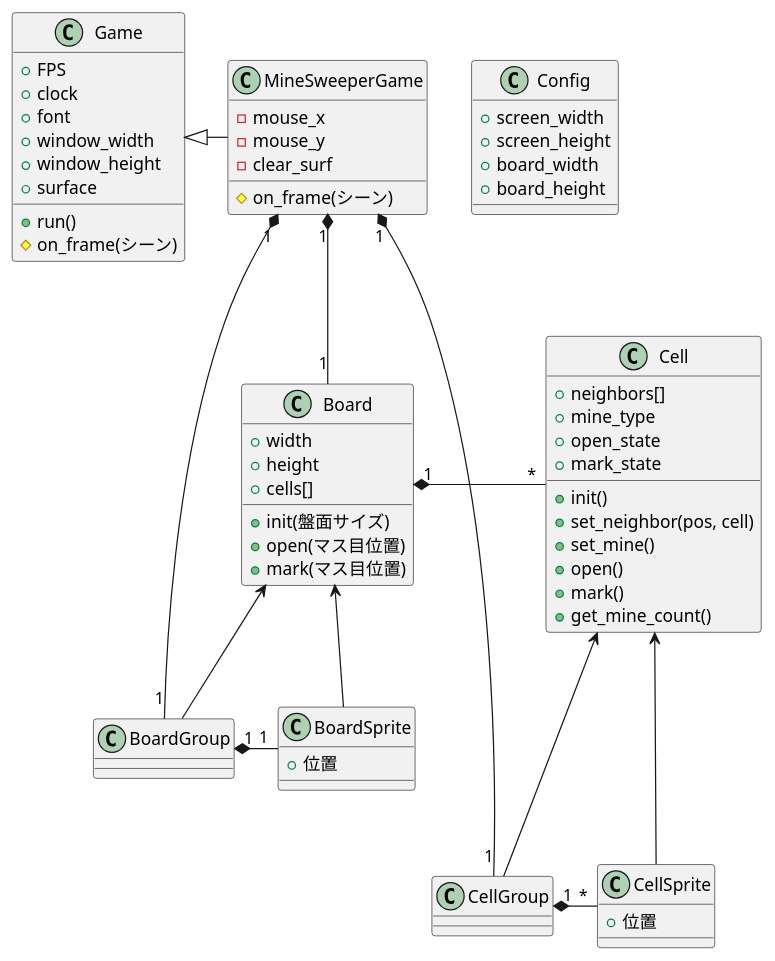
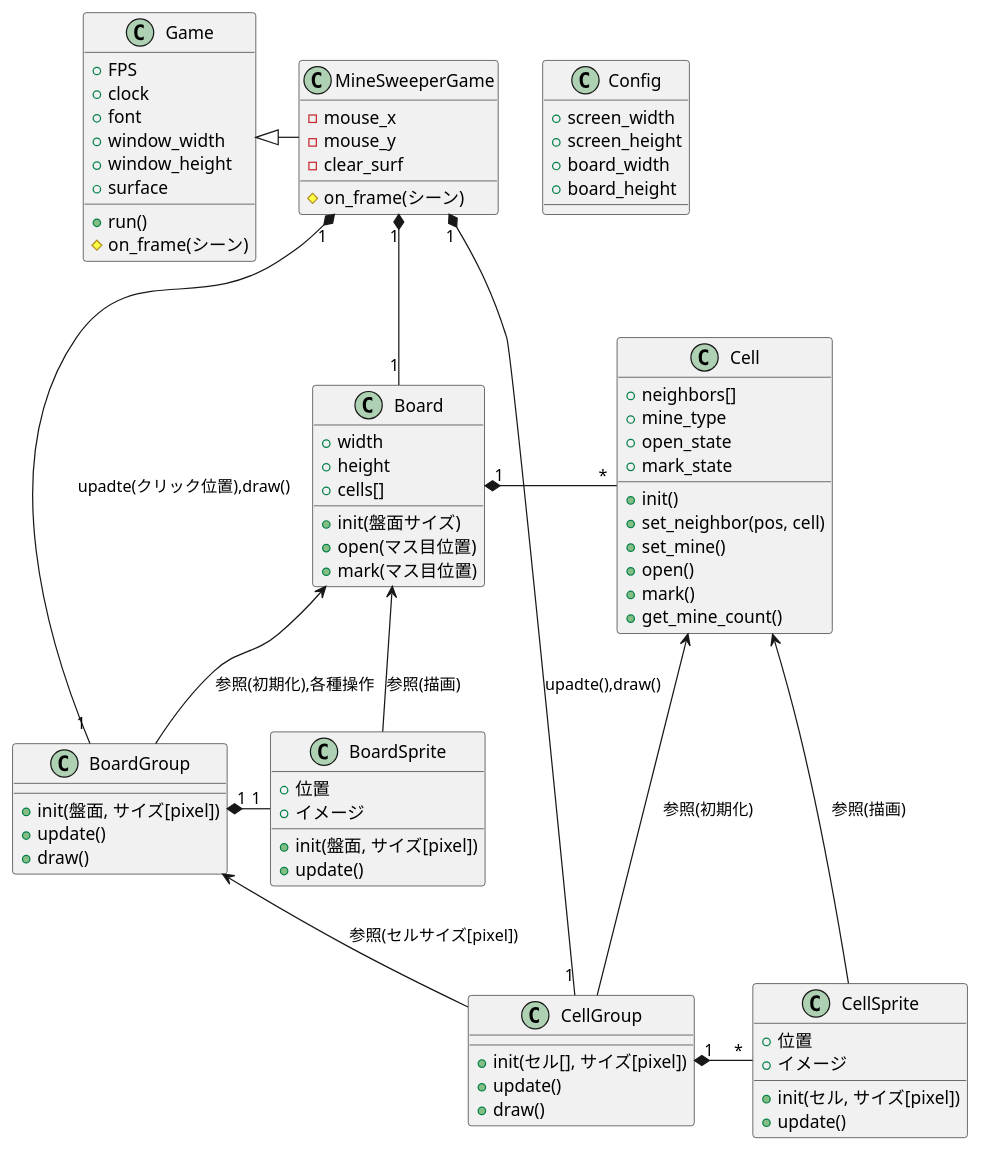
One commit to ooishiisao/pygame_game changed the diagram in mine_sweeper/mine_sweeper.md. Above: the diagram before and after it, drawn with PlantUML. The commit also changed 1 other file, not shown here.

Commit message:
オープン、クローズ。その１

```diff
--- a/mine_sweeper/mine_sweeper.md
+++ b/mine_sweeper/mine_sweeper.md
@@ -25,10 +25,18 @@
 }
 
 class BoardGroup
+{
+    + init(盤面, サイズ[pixel])
+    + update()
+    + draw()
+}
 
 class BoardSprite
 {
     + 位置
+    + イメージ
+    + init(盤面, サイズ[pixel])
+    + update()
 }
 
 class Board
@@ -42,10 +50,18 @@
 }
 
 class CellGroup
+{
+    + init(セル[], サイズ[pixel])
+    + update()
+    + draw()
+}
 
 class CellSprite
 {
     + 位置
+    + イメージ
+    + init(セル, サイズ[pixel])
+    + update()
 }
 class Cell
 {
@@ -64,18 +80,19 @@
 
 Game <|- MineSweeperGame
 MineSweeperGame  "1" *-- "1" Board
-MineSweeperGame  "1" *-- "1" BoardGroup
-MineSweeperGame  "1" *-- "1" CellGroup
+MineSweeperGame  "1" *-- "1" BoardGroup   : upadte(クリック位置),draw()
+MineSweeperGame  "1" *-- "1" CellGroup    : upadte(),draw()
 
 Board            "1" *-   "*" Cell
 
-Board                <--      BoardGroup
-Board                <--      BoardSprite
+Board                <--      BoardGroup  : 参照(初期化),各種操作
+Board                <--      BoardSprite : 参照(描画)
 BoardGroup       "1" *-  "1"  BoardSprite
 
-Cell                 <---     CellGroup
-Cell                 <---     CellSprite
+Cell                 <---     CellGroup   : 参照(初期化)
+Cell                 <---     CellSprite  : 参照(描画)
 CellGroup        "1" *-   "*" CellSprite
+BoardGroup           <--      CellGroup   : 参照(セルサイズ[pixel])
 
 
 class Config
```
